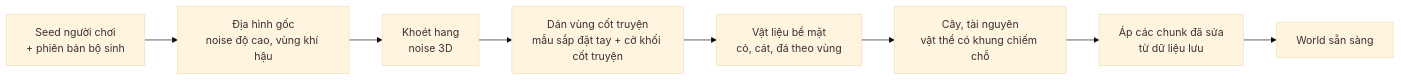
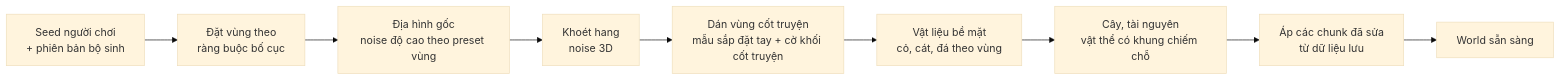
The first of 2 diagrams in design/04-tech/world-tech.md (w-vi-khang/my-game), drawn with Mermaid (base theme) before and after one commit. The commit also changed other lines of this file and 10 other files, not shown here.

Commit message:
design: levels.md — Map 1 (slice, gồm Mở đầu) chi tiết, Map 2/3 khung; bố cục vùng sinh theo seed có ràng buộc; người chơi tự làm được công đoạn; roadmap M2 +6–11 (tổng ~11,0–20,8 năm)

````diff
--- a/design/04-tech/world-tech.md
+++ b/design/04-tech/world-tech.md
@@ -45,10 +45,11 @@
 ```mermaid
 flowchart LR
-    S[Seed người chơi<br/>+ phiên bản bộ sinh] --> H[Địa hình gốc<br/>noise độ cao, vùng khí hậu]
+    S[Seed người chơi<br/>+ phiên bản bộ sinh] --> L[Đặt vùng theo<br/>ràng buộc bố cục]
+    L --> H[Địa hình gốc<br/>noise độ cao theo preset vùng]
     H --> CV[Khoét hang<br/>noise 3D]
     CV --> R[Dán vùng cốt truyện<br/>mẫu sắp đặt tay + cờ khối cốt truyện]
     R --> V[Vật liệu bề mặt<br/>cỏ, cát, đá theo vùng]
     V --> P[Cây, tài nguyên<br/>vật thể có khung chiếm chỗ]
     P --> D[Áp các chunk đã sửa<br/>từ dữ liệu lưu]
     D --> W[World sẵn sàng]
 ```
````
